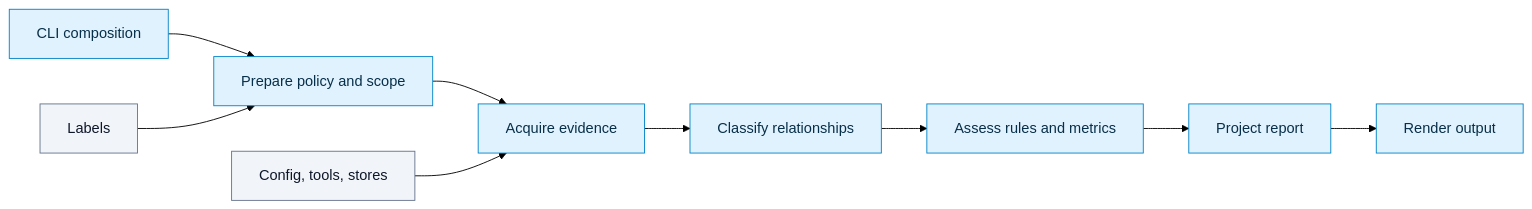
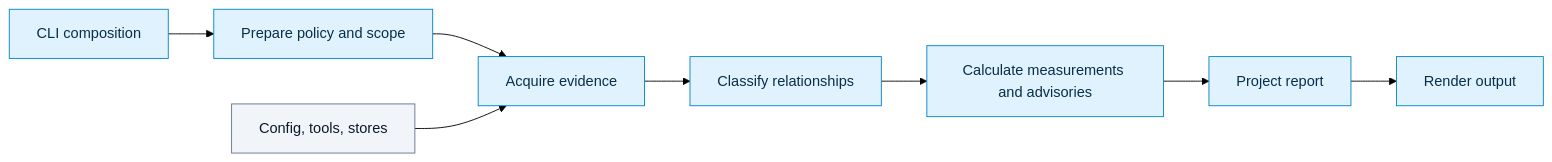
The first of 2 diagrams in docs/architecture.md (alexei-led/archfit), drawn with Mermaid (forest theme) before and after one commit. The commit also changed other lines of this file and 150 other files, not shown here.

````diff
--- a/docs/architecture.md
+++ b/docs/architecture.md
@@ -20,18 +20,17 @@
 ```mermaid
 flowchart LR
   cli[CLI composition] --> prep[Prepare policy and scope]
   prep --> acquire[Acquire evidence]
   acquire --> relate[Classify relationships]
-  relate --> assess[Assess rules and metrics]
+  relate --> assess[Calculate measurements and advisories]
   assess --> project[Project report]
   project --> output[Render output]
   adapters[Config, tools, stores] --> acquire
-  stores[Labels] --> prep
   classDef neutral fill:#f1f5f9,stroke:#64748b,color:#0f172a
   classDef process fill:#e0f2fe,stroke:#0284c7,color:#082f49
   classDef healthy fill:#dcfce7,stroke:#16a34a,color:#14532d
   classDef attention fill:#fef3c7,stroke:#d97706,color:#451a03
   classDef blocked fill:#fee2e2,stroke:#dc2626,color:#7f1d1d
   class cli,prep,acquire,relate,assess,project,output process
-  class adapters,stores neutral
+  class adapters neutral
 ```
````
